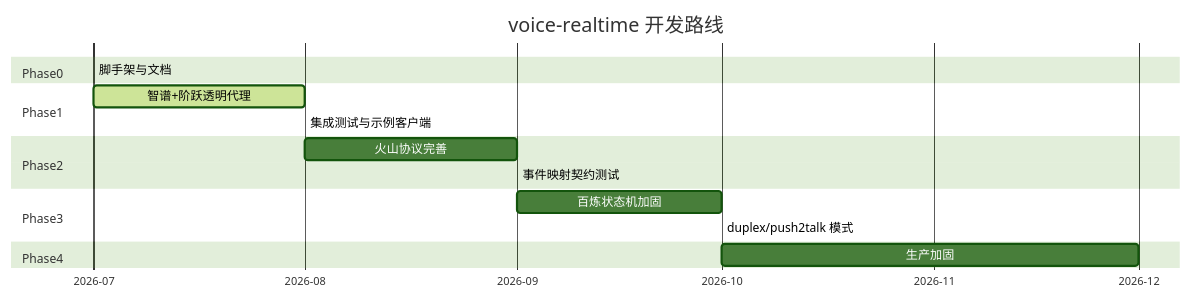
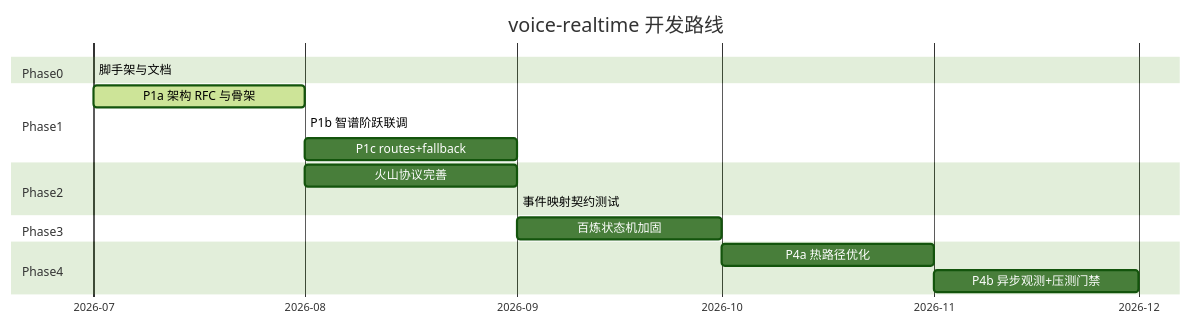
Before and after one commit to johnfinnerty-nz/voice-realtime: the diagram in docs/ROADMAP.md, drawn with Mermaid (forest theme). The commit also changed other lines of this file and 7 other files, not shown here.

First line of the commit message:
docs: target architecture, RFCs, and P1a/P1b/P1c roadmap

````diff
--- a/docs/ROADMAP.md
+++ b/docs/ROADMAP.md
@@ -11,24 +13,25 @@
 ```mermaid
 gantt
     title voice-realtime 开发路线
     dateFormat YYYY-MM
     axisFormat %Y-%m
 
     section Phase0
     脚手架与文档           :done, p0, 2026-07, 2026-07
 
     section Phase1
-    智谱+阶跃透明代理       :active, p1, 2026-07, 2026-08
-    集成测试与示例客户端     :p1b, 2026-08, 2026-08
+    P1a 架构 RFC 与骨架    :active, p1a, 2026-07, 2026-08
+    P1b 智谱阶跃联调        :p1b, 2026-08, 2026-08
+    P1c routes+fallback    :p1c, 2026-08, 2026-09
 
     section Phase2
     火山协议完善           :p2, 2026-08, 2026-09
     事件映射契约测试        :p2b, 2026-09, 2026-09
 
     section Phase3
     百炼状态机加固          :p3, 2026-09, 2026-10
-    duplex/push2talk 模式  :p3b, 2026-10, 2026-10
 
     section Phase4
-    生产加固               :p4, 2026-10, 2026-12
+    P4a 热路径优化          :p4a, 2026-10, 2026-11
+    P4b 异步观测+压测门禁   :p4b, 2026-11, 2026-12
 ```
````
